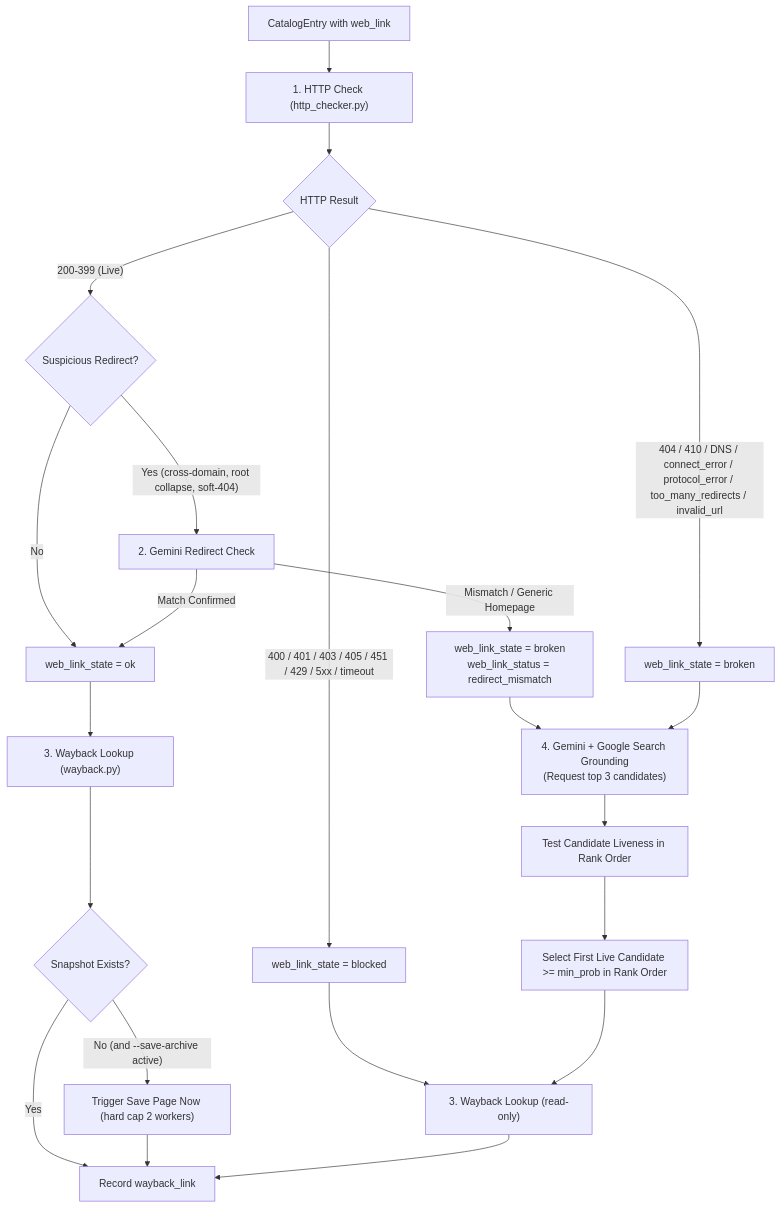
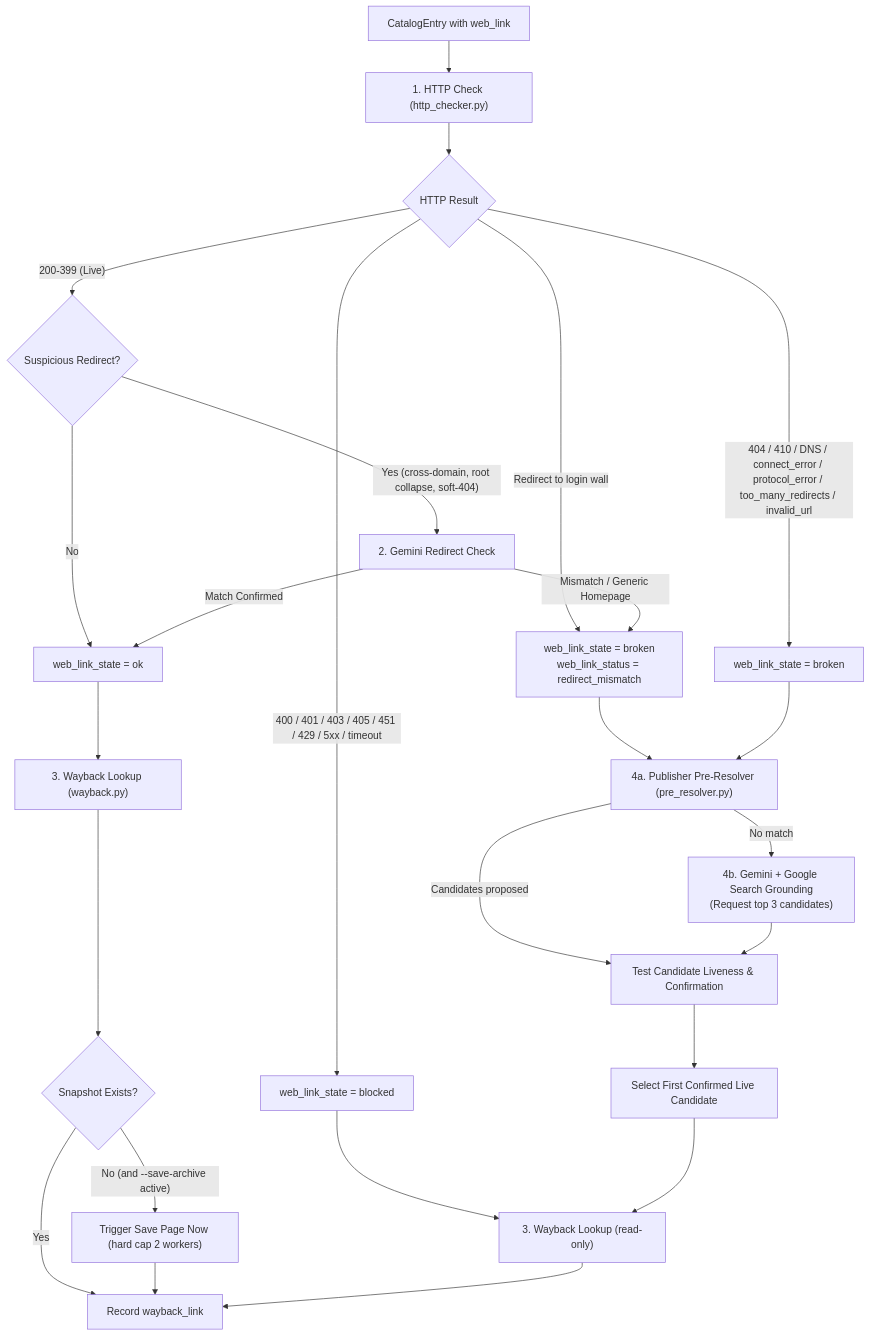
The second of 2 diagrams in SPEC.md (charlesroper/FSCLegacy-fscbiodiversity.uk-idsignpost), drawn with Mermaid before and after one commit. The commit also changed other lines of this file and 1 other file, not shown here.

````diff
--- a/SPEC.md
+++ b/SPEC.md
@@ -170,29 +172,32 @@
 ```mermaid
 flowchart TD
     A["CatalogEntry with web_link"] --> B["1. HTTP Check (http_checker.py)"]
     B --> C{"HTTP Result"}
 
+    C -- "Redirect to login wall" --> G
     C -- "200-399 (Live)" --> D{"Suspicious Redirect?"}
     D -- "No" --> E["web_link_state = ok"]
     D -- "Yes (cross-domain, root collapse, soft-404)" --> F["2. Gemini Redirect Check"]
     F -- "Match Confirmed" --> E
     F -- "Mismatch / Generic Homepage" --> G["web_link_state = broken\nweb_link_status = redirect_mismatch"]
 
     C -- "400 / 401 / 403 / 405 / 451 / 429 / 5xx / timeout" --> H["web_link_state = blocked"]
     C -- "404 / 410 / DNS / connect_error / protocol_error / too_many_redirects / invalid_url" --> I["web_link_state = broken"]
 
     E --> J["3. Wayback Lookup (wayback.py)"]
     J --> K{"Snapshot Exists?"}
     K -- "Yes" --> L["Record wayback_link"]
     K -- "No (and --save-archive active)" --> M["Trigger Save Page Now (hard cap 2 workers)"]
     M --> L
 
     H --> N["3. Wayback Lookup (read-only)"]
     N --> L
 
-    G --> O["4. Gemini + Google Search Grounding\n(Request top 3 candidates)"]
-    I --> O
-    O --> P["Test Candidate Liveness in Rank Order"]
-    P --> Q["Select First Live Candidate >= min_prob in Rank Order"]
+    G --> PR["4a. Publisher Pre-Resolver (pre_resolver.py)"]
+    I --> PR
+    PR -- "No match" --> O["4b. Gemini + Google Search Grounding\n(Request top 3 candidates)"]
+    PR -- "Candidates proposed" --> P["Test Candidate Liveness & Confirmation"]
+    O --> P
+    P --> Q["Select First Confirmed Live Candidate"]
     Q --> N
 ```
````
